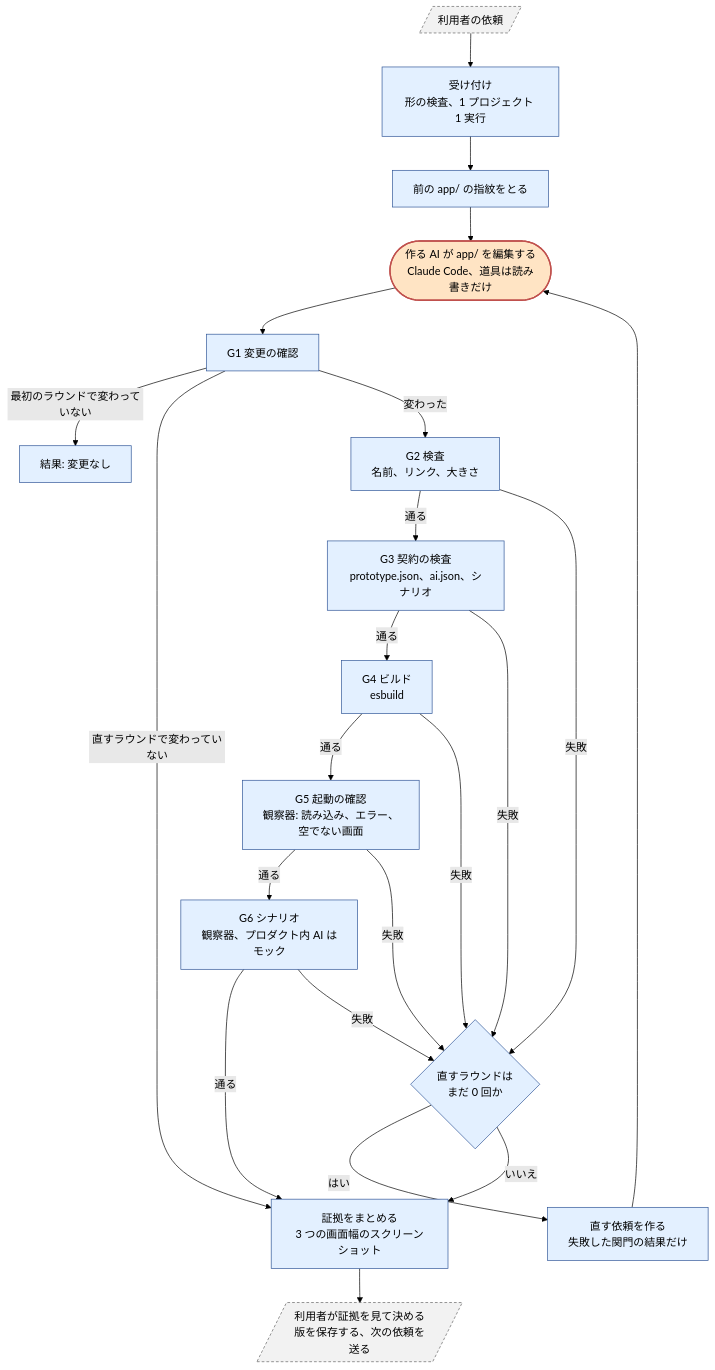
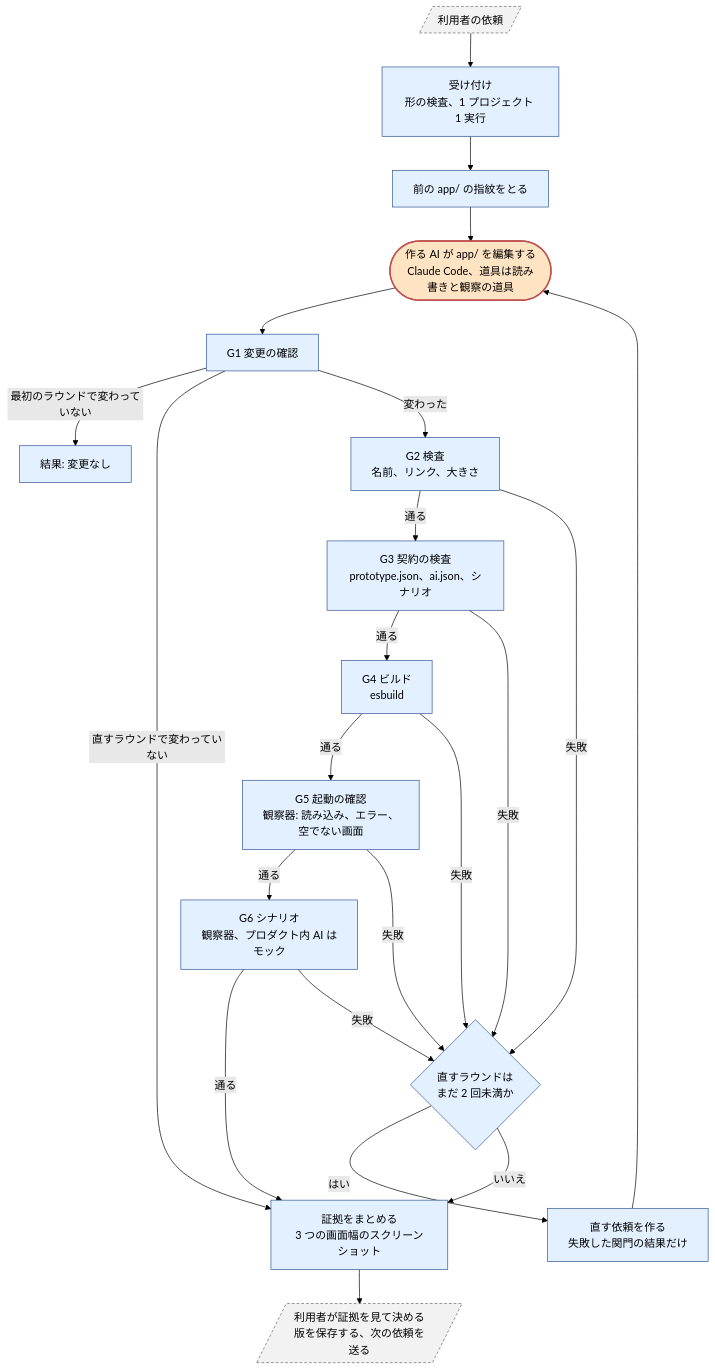
The first of 5 diagrams in docs/design/harness.md (jyoka/agent-prototype-studio), drawn with Mermaid (forest theme) before and after one commit. The commit also changed other lines of this file and 2 other files, not shown here.

````diff
--- a/docs/design/harness.md
+++ b/docs/design/harness.md
@@ -66,28 +68,28 @@
 ```mermaid
 flowchart TD
   classDef model fill:#ffe4c4,stroke:#c0504d,stroke-width:2px
   classDef code fill:#e3f0ff,stroke:#2f5597
   classDef human fill:#f2f2f2,stroke:#666,stroke-dasharray:4 3
 
   U[/"利用者の依頼"/]:::human --> A["受け付け<br/>形の検査、1 プロジェクト 1 実行"]:::code
   A --> B["前の app/ の指紋をとる"]:::code
-  B --> M(["作る AI が app/ を編集する<br/>Claude Code、道具は読み書きだけ"]):::model
+  B --> M(["作る AI が app/ を編集する<br/>Claude Code、道具は読み書きと観察の道具"]):::model
   M --> G1["G1 変更の確認"]:::code
   G1 -->|最初のラウンドで変わっていない| N["結果: 変更なし"]:::code
   G1 -->|直すラウンドで変わっていない| E
   G1 -->|変わった| G2["G2 検査<br/>名前、リンク、大きさ"]:::code
   G2 -->|通る| G3["G3 契約の検査<br/>prototype.json、ai.json、シナリオ"]:::code
   G3 -->|通る| G4["G4 ビルド<br/>esbuild"]:::code
   G4 -->|通る| G5["G5 起動の確認<br/>観察器: 読み込み、エラー、空でない画面"]:::code
   G5 -->|通る| G6["G6 シナリオ<br/>観察器、プロダクト内 AI はモック"]:::code
   G6 -->|通る| E["証拠をまとめる<br/>3 つの画面幅のスクリーンショット"]:::code
-  G2 -->|失敗| F{"直すラウンドは<br/>まだ 0 回か"}:::code
+  G2 -->|失敗| F{"直すラウンドは<br/>まだ 2 回未満か"}:::code
   G3 -->|失敗| F
   G4 -->|失敗| F
   G5 -->|失敗| F
   G6 -->|失敗| F
   F -->|はい| P["直す依頼を作る<br/>失敗した関門の結果だけ"]:::code
   P --> M
   F -->|いいえ| E
   E --> H[/"利用者が証拠を見て決める<br/>版を保存する、次の依頼を送る"/]:::human
 ```
````
